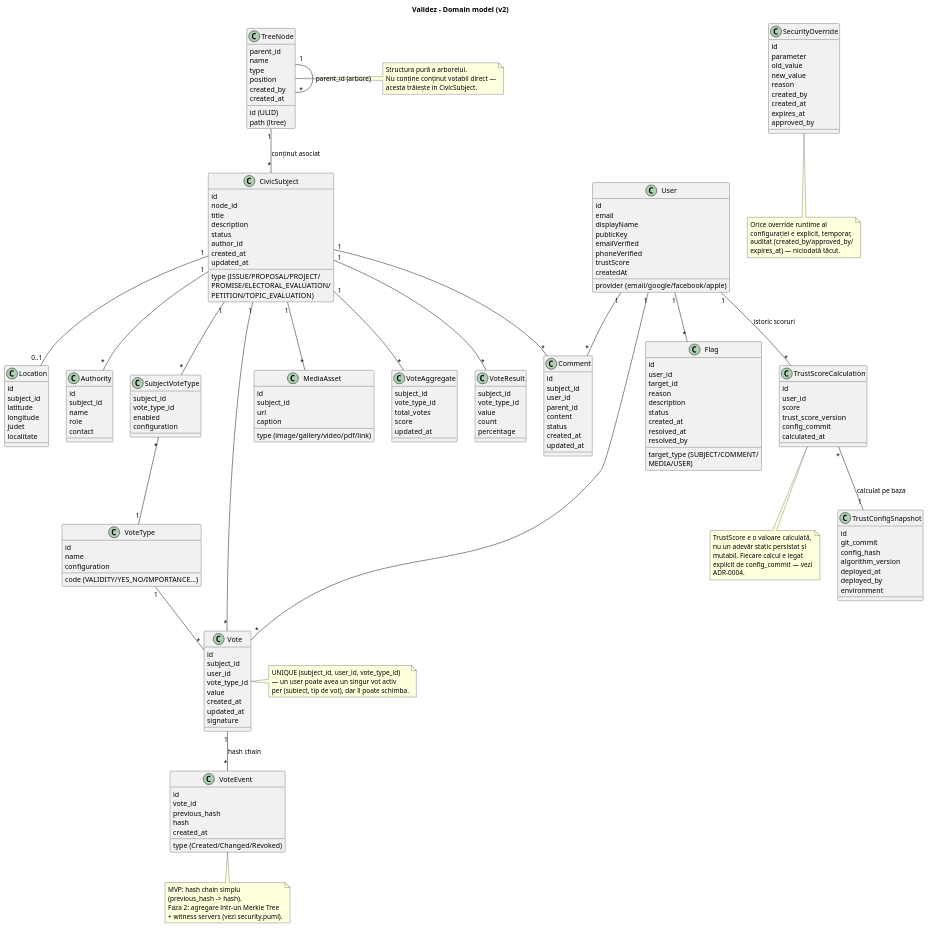
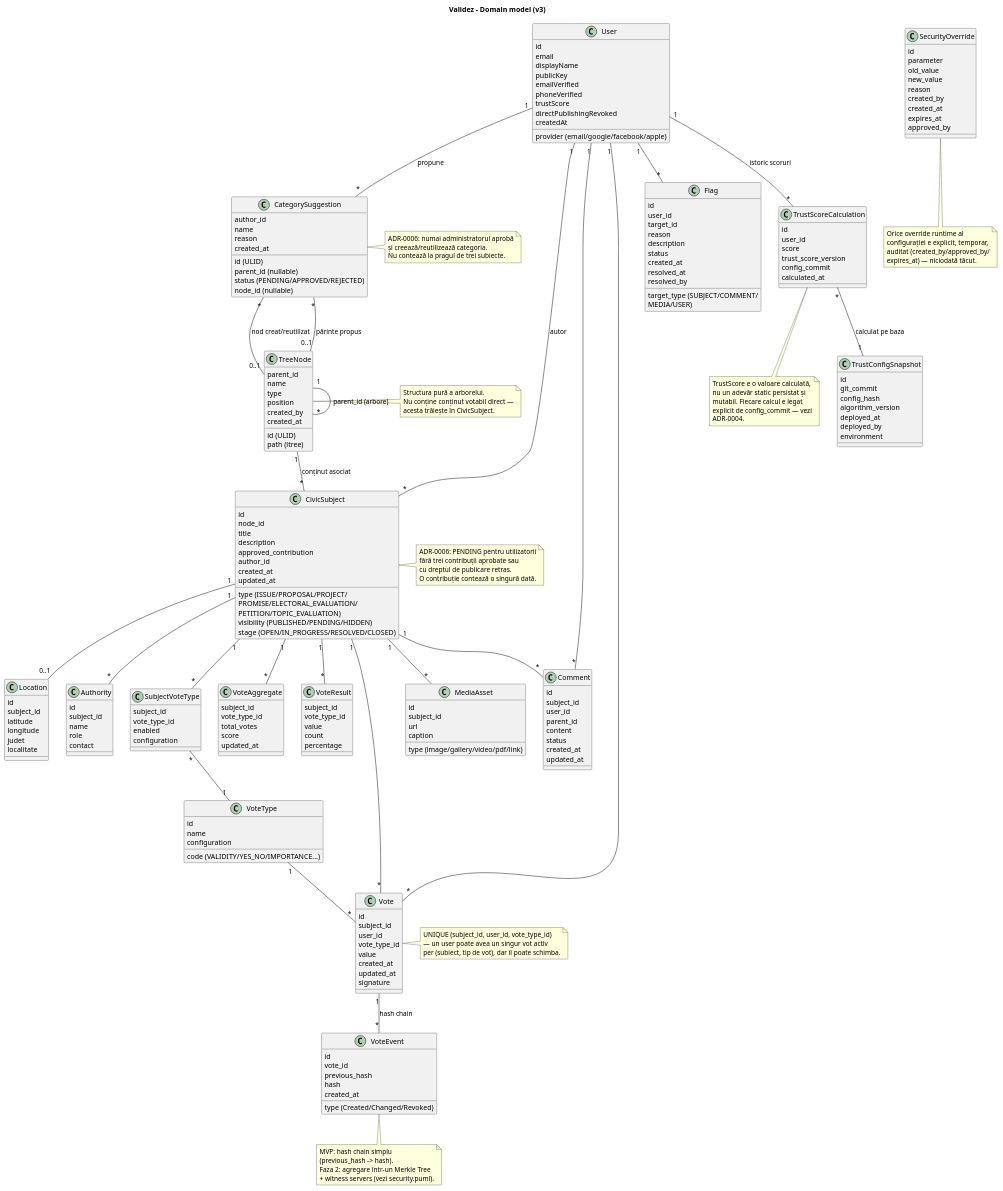
Before and after one commit to malutanpetronel/validez: the diagram in docs/domain.puml, drawn with PlantUML. The commit also changed 33 other files, not shown here.

```diff
--- a/docs/domain.puml
+++ b/docs/domain.puml
@@ -1,5 +1,5 @@
 @startuml domain
-title Validez - Domain model (v2)
+title Validez - Domain model (v3)
 
 ' ===== Structură arbore =====
 class TreeNode {
@@ -20,10 +20,23 @@
   type (ISSUE/PROPOSAL/PROJECT/\nPROMISE/ELECTORAL_EVALUATION/\nPETITION/TOPIC_EVALUATION)
   title
   description
-  status
+  visibility (PUBLISHED/PENDING/HIDDEN)
+  stage (OPEN/IN_PROGRESS/RESOLVED/CLOSED)
+  approved_contribution
   author_id
   created_at
   updated_at
+}
+
+class CategorySuggestion {
+  id (ULID)
+  author_id
+  parent_id (nullable)
+  name
+  reason
+  status (PENDING/APPROVED/REJECTED)
+  node_id (nullable)
+  created_at
 }
 
 class MediaAsset {
@@ -136,6 +149,7 @@
   emailVerified
   phoneVerified
   trustScore
+  directPublishingRevoked
   createdAt
 }
 
@@ -174,6 +188,23 @@
 ' ===== Relații =====
 TreeNode "1" -- "*" TreeNode : parent_id (arbore)
 TreeNode "1" -- "*" CivicSubject : conținut asociat
+User "1" -- "*" CivicSubject : autor
+User "1" -- "*" CategorySuggestion : propune
+TreeNode "0..1" -- "*" CategorySuggestion : părinte propus
+CategorySuggestion "*" -- "0..1" TreeNode : nod creat/reutilizat
+
+note right of CategorySuggestion
+  ADR-0006: numai administratorul aprobă
+  și creează/reutilizează categoria.
+  Nu contează la pragul de trei subiecte.
+end note
+
+note right of CivicSubject
+  ADR-0006: PENDING pentru utilizatorii
+  fără trei contribuții aprobate sau
+  cu dreptul de publicare retras.
+  O contribuție contează o singură dată.
+end note
 
 CivicSubject "1" -- "*" MediaAsset
 CivicSubject "1" -- "0..1" Location
```
